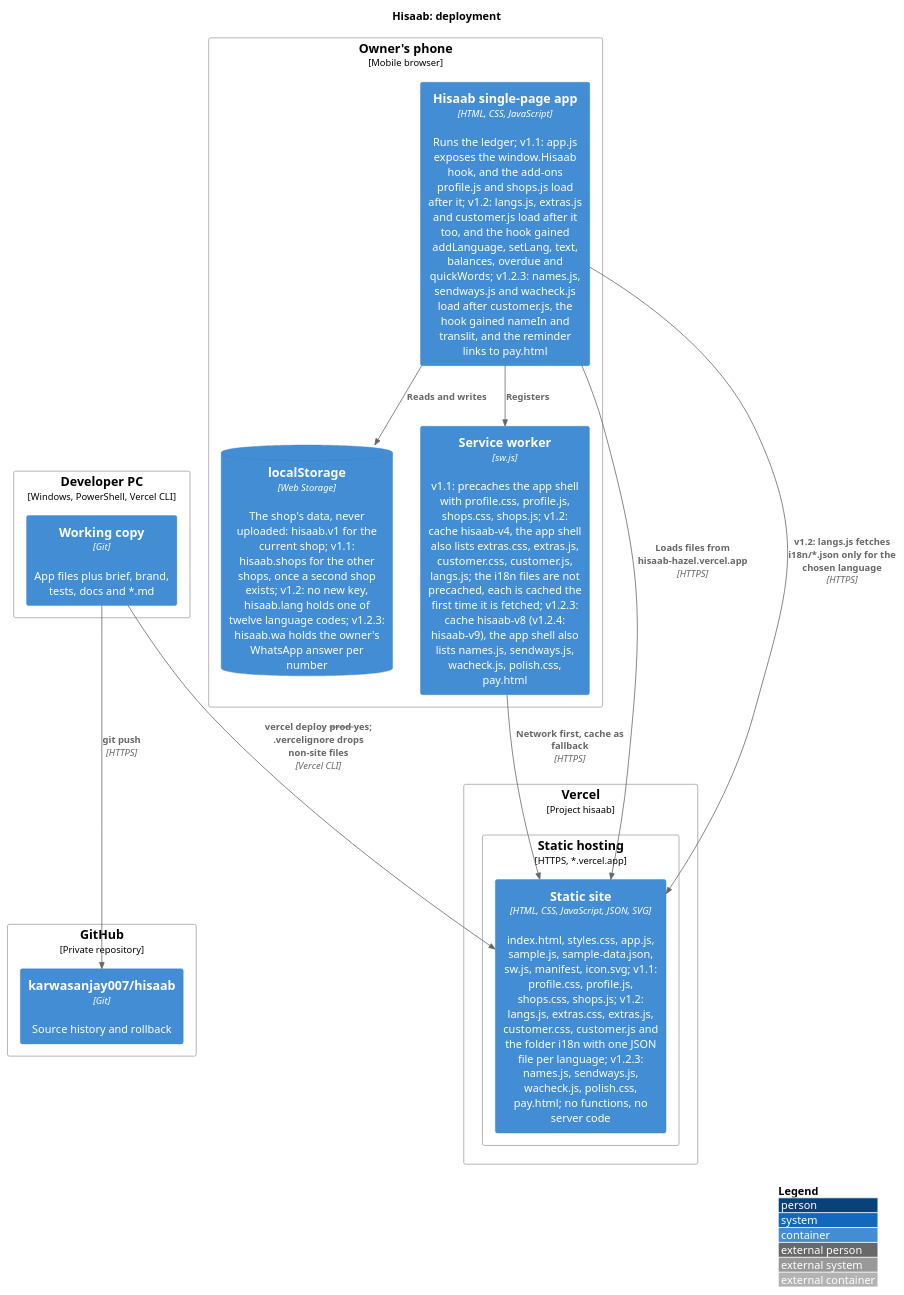
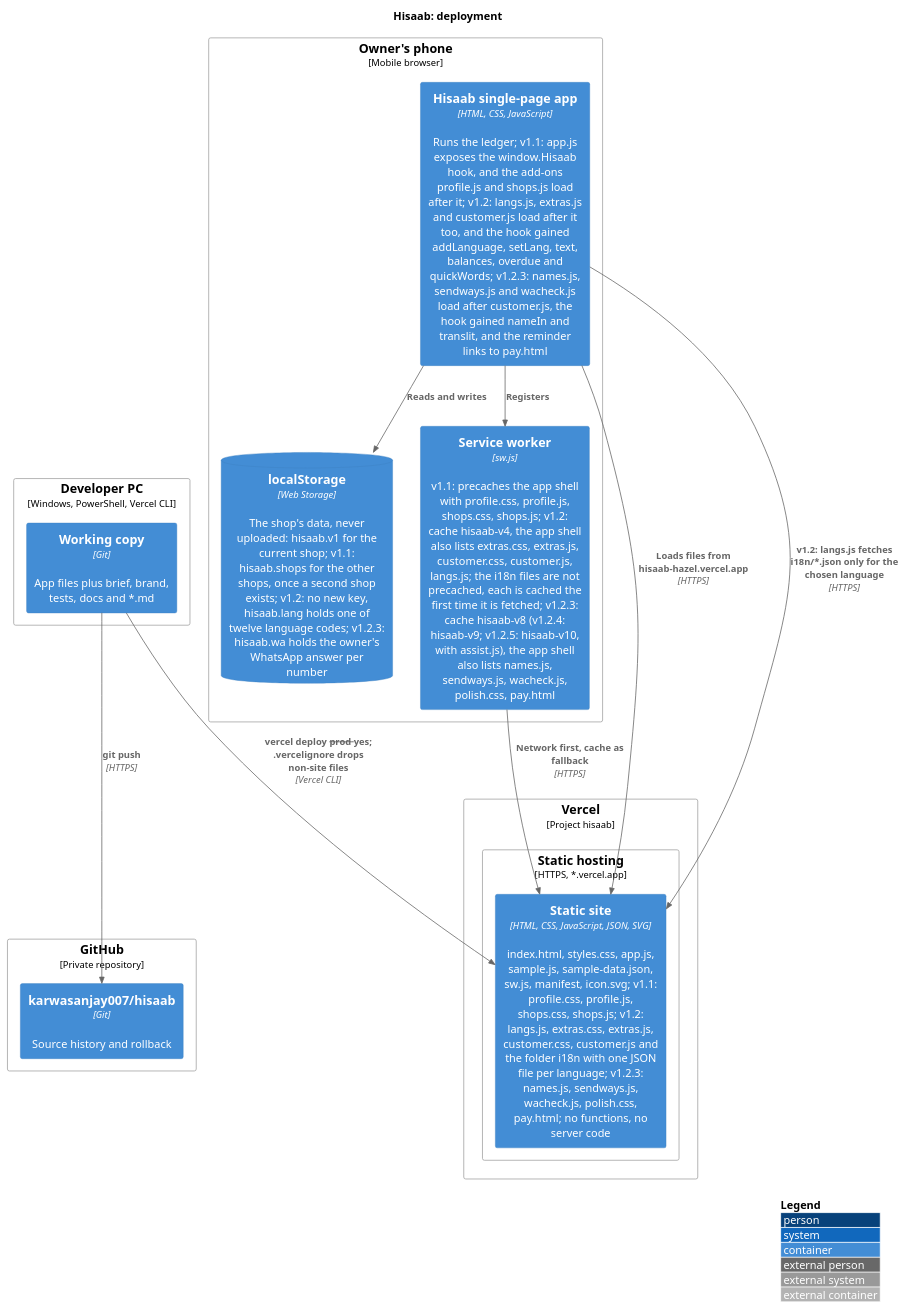
Before and after one commit to karwasanjay007/hisaab-docs: the diagram in docs/diagrams/deployment.puml, drawn with PlantUML. The commit also changed 22 other files, not shown here.

Commit message:
Version 1.2.5.0: controls that say what they did (assist.js); report, V-26, two features and ten criteria, five diagrams, evidence

```diff
--- a/docs/diagrams/deployment.puml
+++ b/docs/diagrams/deployment.puml
@@ -1,31 +1,31 @@
 @startuml deployment
 !include <C4/C4_Deployment>
 title Hisaab: deployment
 
 Deployment_Node(dev, "Developer PC", "Windows, PowerShell, Vercel CLI") {
   Container(src, "Working copy", "Git", "App files plus brief, brand, tests, docs and *.md")
 }
 Deployment_Node(gh, "GitHub", "Private repository") {
   Container(repo, "karwasanjay007/hisaab", "Git", "Source history and rollback")
 }
 Deployment_Node(vc, "Vercel", "Project hisaab") {
   Deployment_Node(edge, "Static hosting", "HTTPS, *.vercel.app") {
     Container(site, "Static site", "HTML, CSS, JavaScript, JSON, SVG", "index.html, styles.css, app.js, sample.js, sample-data.json, sw.js, manifest, icon.svg; v1.1: profile.css, profile.js, shops.css, shops.js; v1.2: langs.js, extras.css, extras.js, customer.css, customer.js and the folder i18n with one JSON file per language; v1.2.3: names.js, sendways.js, wacheck.js, polish.css, pay.html; no functions, no server code")
   }
 }
 Deployment_Node(phone, "Owner's phone", "Mobile browser") {
   Container(app, "Hisaab single-page app", "HTML, CSS, JavaScript", "Runs the ledger; v1.1: app.js exposes the window.Hisaab hook, and the add-ons profile.js and shops.js load after it; v1.2: langs.js, extras.js and customer.js load after it too, and the hook gained addLanguage, setLang, text, balances, overdue and quickWords; v1.2.3: names.js, sendways.js and wacheck.js load after customer.js, the hook gained nameIn and translit, and the reminder links to pay.html")
   ContainerDb(store, "localStorage", "Web Storage", "The shop's data, never uploaded: hisaab.v1 for the current shop; v1.1: hisaab.shops for the other shops, once a second shop exists; v1.2: no new key, hisaab.lang holds one of twelve language codes; v1.2.3: hisaab.wa holds the owner's WhatsApp answer per number")
-  Container(swk, "Service worker", "sw.js", "v1.1: precaches the app shell with profile.css, profile.js, shops.css, shops.js; v1.2: cache hisaab-v4, the app shell also lists extras.css, extras.js, customer.css, customer.js, langs.js; the i18n files are not precached, each is cached the first time it is fetched; v1.2.3: cache hisaab-v8 (v1.2.4: hisaab-v9), the app shell also lists names.js, sendways.js, wacheck.js, polish.css, pay.html")
+  Container(swk, "Service worker", "sw.js", "v1.1: precaches the app shell with profile.css, profile.js, shops.css, shops.js; v1.2: cache hisaab-v4, the app shell also lists extras.css, extras.js, customer.css, customer.js, langs.js; the i18n files are not precached, each is cached the first time it is fetched; v1.2.3: cache hisaab-v8 (v1.2.4: hisaab-v9; v1.2.5: hisaab-v10, with assist.js), the app shell also lists names.js, sendways.js, wacheck.js, polish.css, pay.html")
 }
 
 Rel(src, repo, "git push", "HTTPS")
 Rel(src, site, "vercel deploy --prod --yes; .vercelignore drops non-site files", "Vercel CLI")
 Rel(app, site, "Loads files from hisaab-hazel.vercel.app", "HTTPS")
 Rel(app, site, "v1.2: langs.js fetches i18n/*.json only for the chosen language", "HTTPS")
 Rel(app, store, "Reads and writes")
 Rel(app, swk, "Registers")
 Rel(swk, site, "Network first, cache as fallback", "HTTPS")
 
 LAYOUT_WITH_LEGEND()
 @enduml
```
